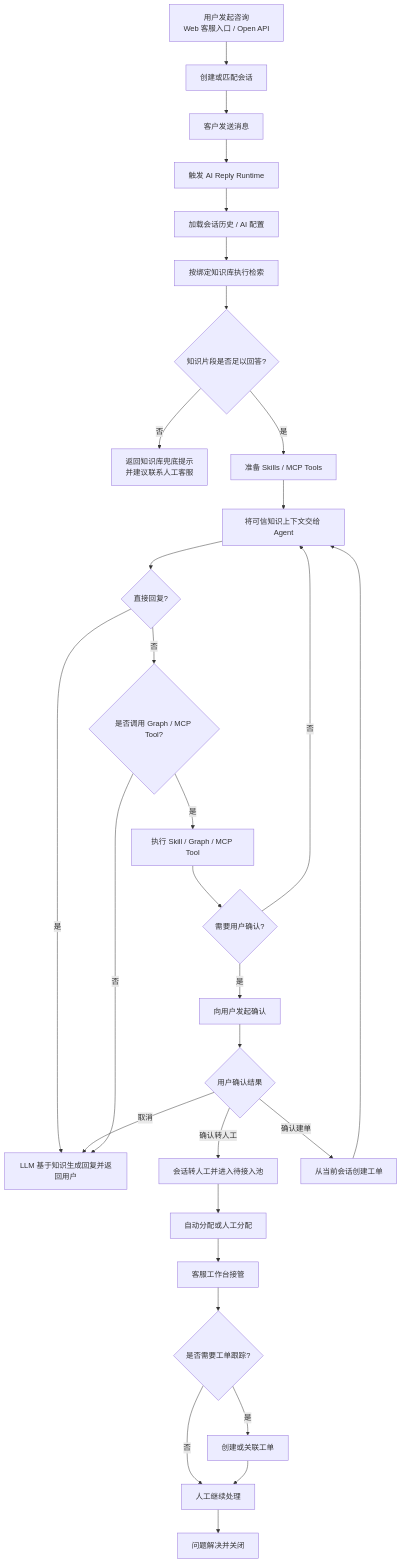
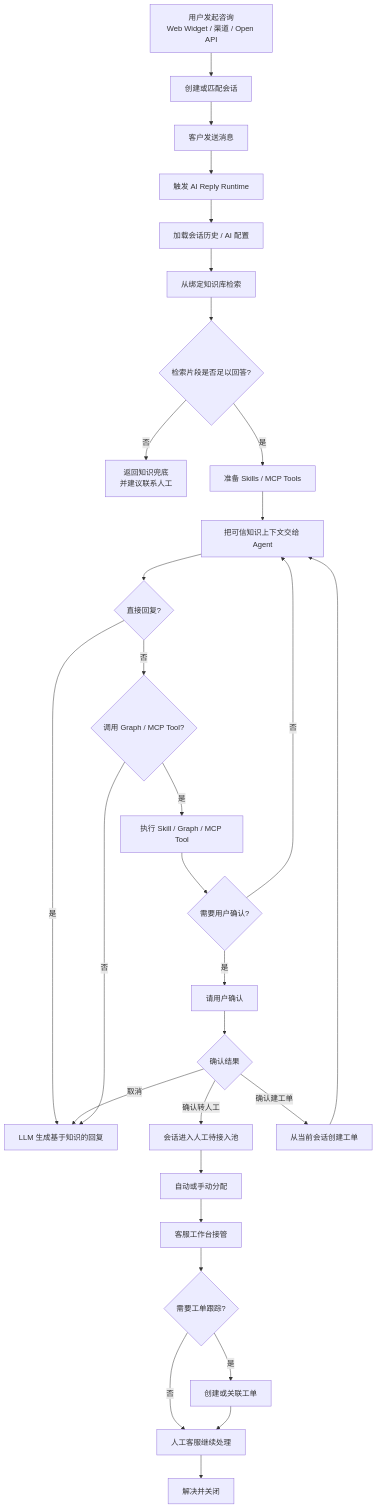
One commit to DOS/Crove-Desk changed the first of 3 diagrams in README_ZH.md. Above: the diagram before and after it, drawn with Mermaid. The commit also changed other lines of this file and 6 other files, not shown here.

````diff
--- a/README_ZH.md
+++ b/README_ZH.md
@@ -201,32 +284,32 @@
 ```mermaid
 flowchart TD
-    A[用户发起咨询<br/>Web 客服入口 / Open API] --> B[创建或匹配会话]
+    A[用户发起咨询<br/>Web Widget / 渠道 / Open API] --> B[创建或匹配会话]
     B --> C[客户发送消息]
     C --> D[触发 AI Reply Runtime]
     D --> E[加载会话历史 / AI 配置]
-    E --> F[按绑定知识库执行检索]
-    F --> G{知识片段是否足以回答?}
-    G -- 否 --> Z[返回知识库兜底提示<br/>并建议联系人工客服]
+    E --> F[从绑定知识库检索]
+    F --> G{检索片段是否足以回答?}
+    G -- 否 --> Z[返回知识兜底<br/>并建议联系人工]
     G -- 是 --> H[准备 Skills / MCP Tools]
-    H --> I[将可信知识上下文交给 Agent]
+    H --> I[把可信知识上下文交给 Agent]
     I --> J{直接回复?}
-    J -- 是 --> K[LLM 基于知识生成回复并返回用户]
-    J -- 否 --> N{是否调用 Graph / MCP Tool?}
+    J -- 是 --> K[LLM 生成基于知识的回复]
+    J -- 否 --> N{调用 Graph / MCP Tool?}
     N -- 是 --> O[执行 Skill / Graph / MCP Tool]
     O --> P{需要用户确认?}
     P -- 否 --> I
-    P -- 是 --> Q[向用户发起确认]
-    Q --> R{用户确认结果}
-    R -- 确认转人工 --> S[会话转人工并进入待接入池]
-    S --> T[自动分配或人工分配]
+    P -- 是 --> Q[请用户确认]
+    Q --> R{确认结果}
+    R -- 确认转人工 --> S[会话进入人工待接入池]
+    S --> T[自动或手动分配]
     T --> U[客服工作台接管]
-    U --> V{是否需要工单跟踪?}
+    U --> V{需要工单跟踪?}
     V -- 是 --> W[创建或关联工单]
-    V -- 否 --> X[人工继续处理]
+    V -- 否 --> X[人工客服继续处理]
     W --> X
-    X --> Y[问题解决并关闭]
-    R -- 确认建单 --> AA[从当前会话创建工单]
+    X --> Y[解决并关闭]
+    R -- 确认建工单 --> AA[从当前会话创建工单]
     AA --> I
     R -- 取消 --> K
     N -- 否 --> K
 ```
````
